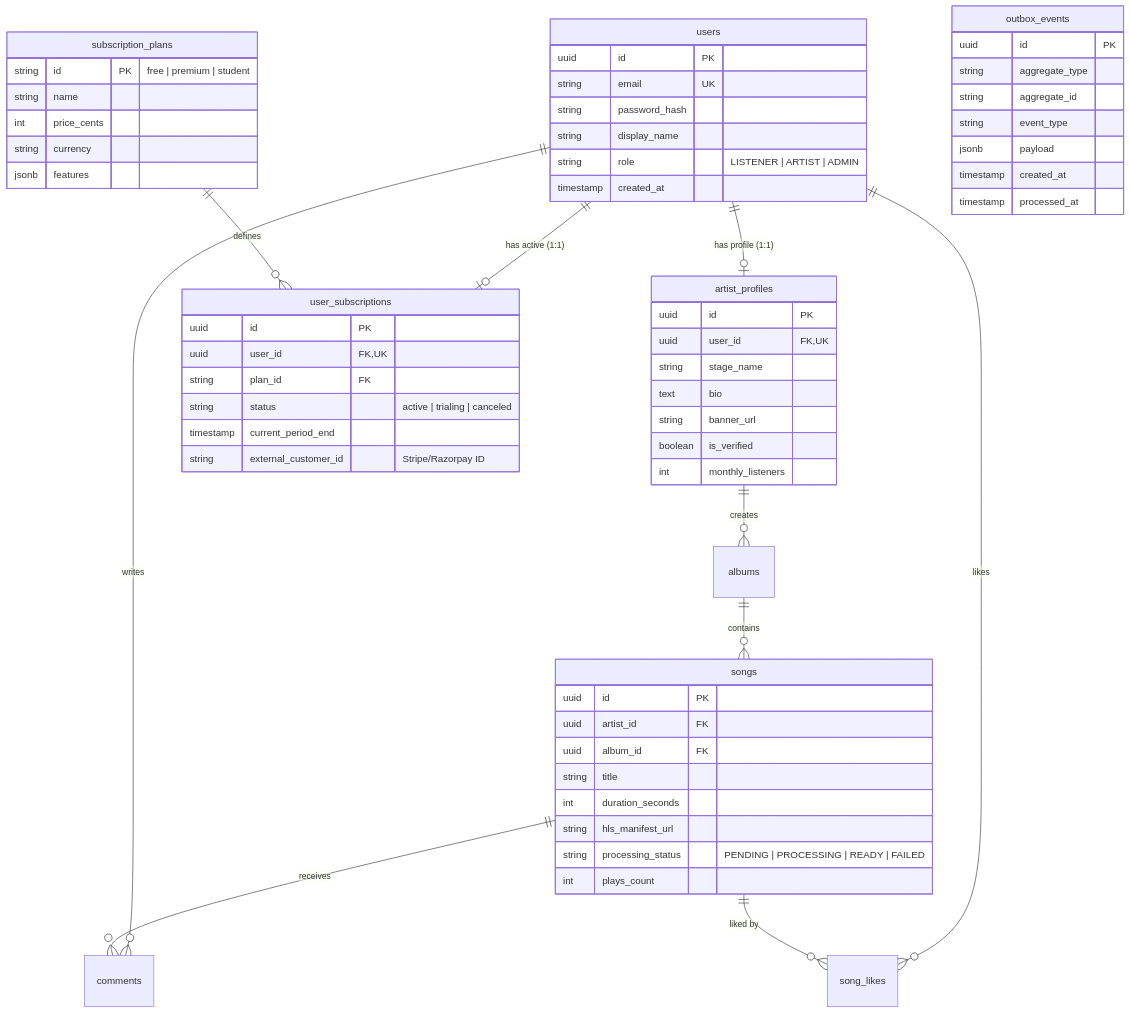
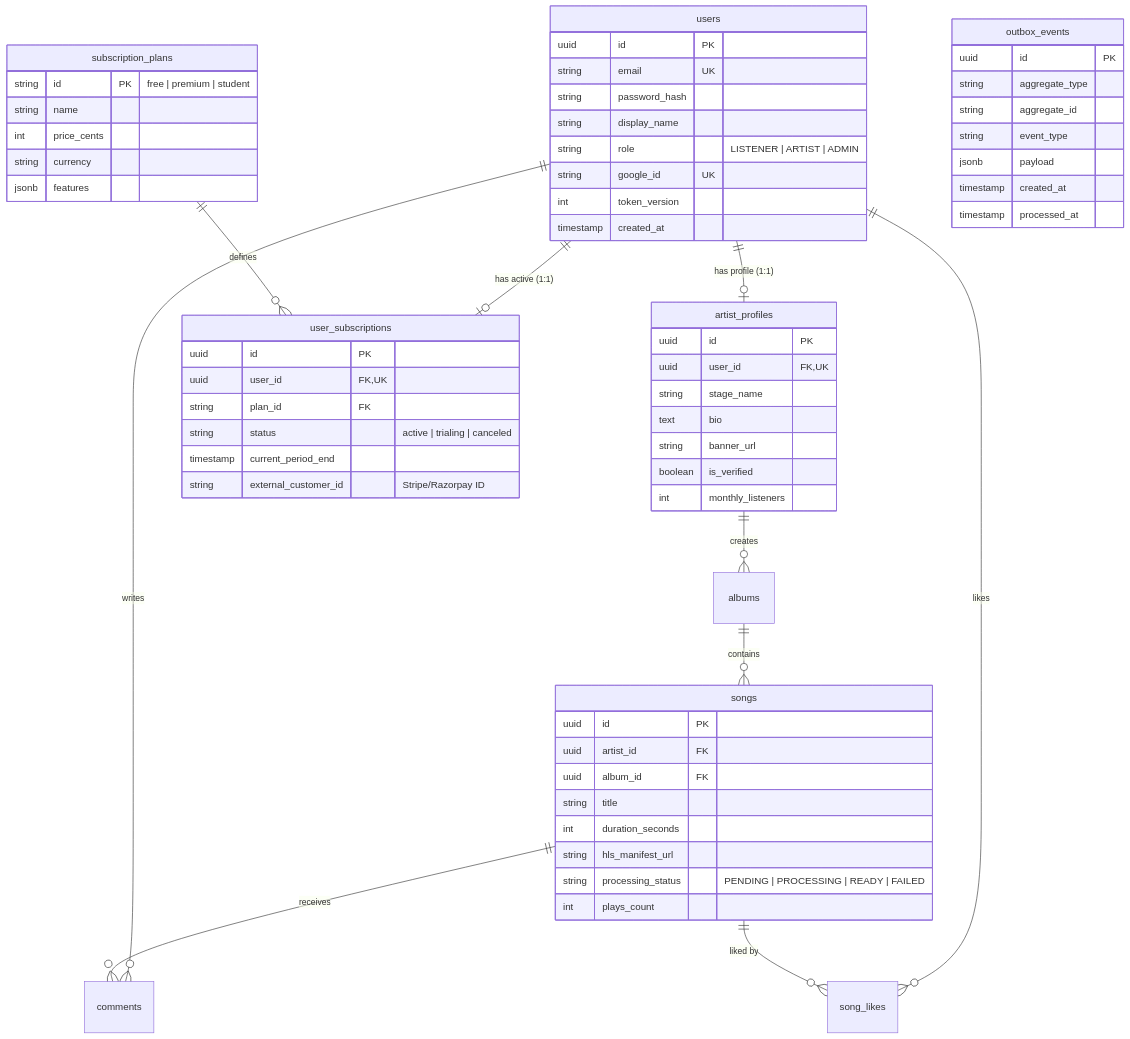
The second of 3 diagrams in docs/ARCHITECTURE_REDESIGN_BLUEPRINT.md (kamehamehaa0000/groovy-micro), drawn with Mermaid before and after one commit. The commit also changed 16 other files, not shown here.

````diff
--- a/docs/ARCHITECTURE_REDESIGN_BLUEPRINT.md
+++ b/docs/ARCHITECTURE_REDESIGN_BLUEPRINT.md
@@ -112,69 +112,71 @@
 ```mermaid
 erDiagram
     users ||--o| artist_profiles : "has profile (1:1)"
     users ||--o| user_subscriptions : "has active (1:1)"
     subscription_plans ||--o{ user_subscriptions : "defines"
     artist_profiles ||--o{ albums : "creates"
     albums ||--o{ songs : "contains"
     users ||--o{ comments : "writes"
     songs ||--o{ comments : "receives"
     users ||--o{ song_likes : "likes"
     songs ||--o{ song_likes : "liked by"
 
     users {
         uuid id PK
         string email UK
         string password_hash
         string display_name
         string role "LISTENER | ARTIST | ADMIN"
+        string google_id UK
+        int token_version
         timestamp created_at
     }
 
     artist_profiles {
         uuid id PK
         uuid user_id FK, UK
         string stage_name
         text bio
         string banner_url
         boolean is_verified
         int monthly_listeners
     }
 
     subscription_plans {
         string id PK "free | premium | student"
         string name
         int price_cents
         string currency
         jsonb features
     }
 
     user_subscriptions {
         uuid id PK
         uuid user_id FK, UK
         string plan_id FK
         string status "active | trialing | canceled"
         timestamp current_period_end
         string external_customer_id "Stripe/Razorpay ID"
     }
 
     songs {
         uuid id PK
         uuid artist_id FK
         uuid album_id FK
         string title
         int duration_seconds
         string hls_manifest_url
         string processing_status "PENDING | PROCESSING | READY | FAILED"
         int plays_count
     }
 
     outbox_events {
         uuid id PK
         string aggregate_type
         string aggregate_id
         string event_type
         jsonb payload
         timestamp created_at
         timestamp processed_at
     }
 ```
````
